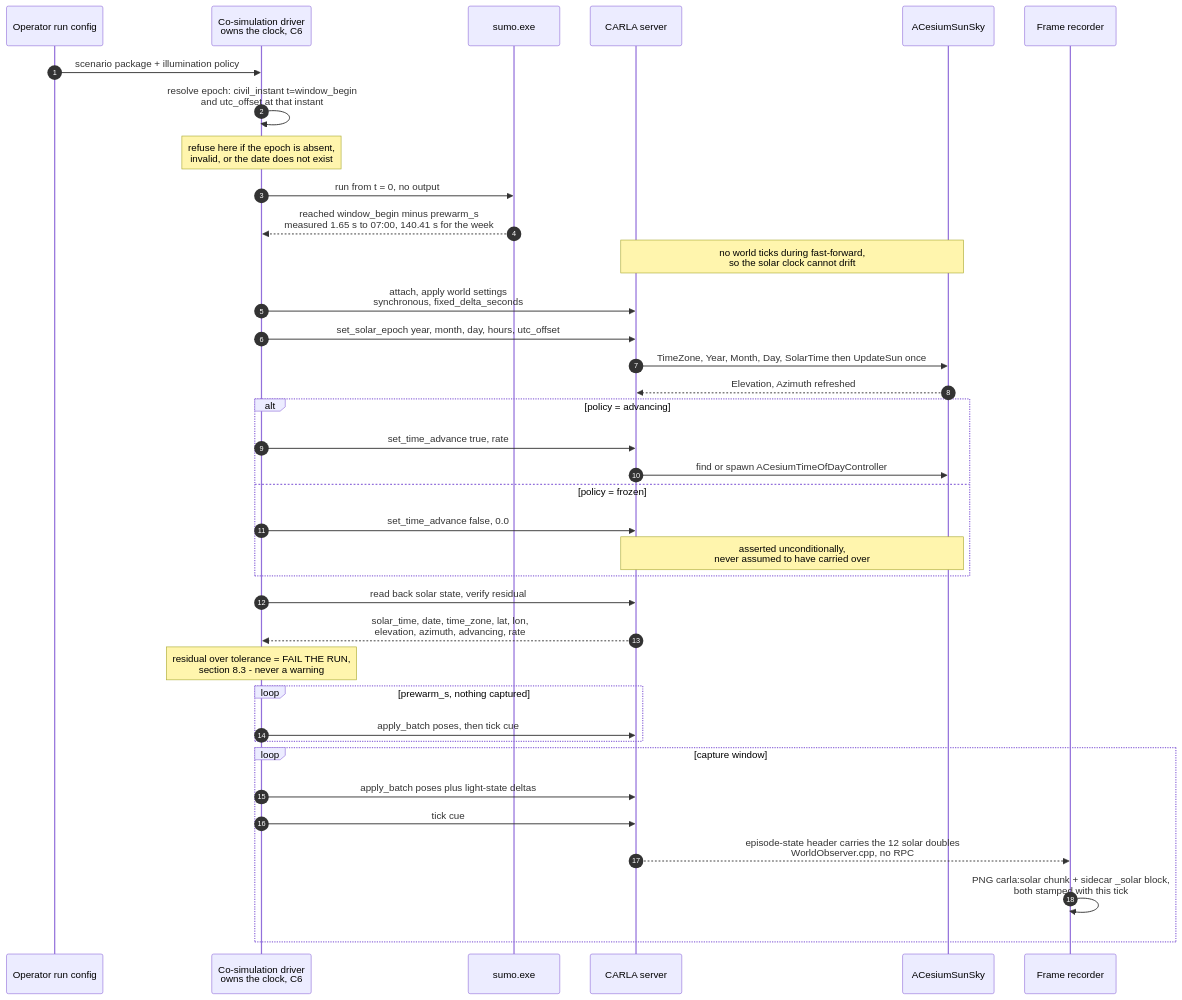
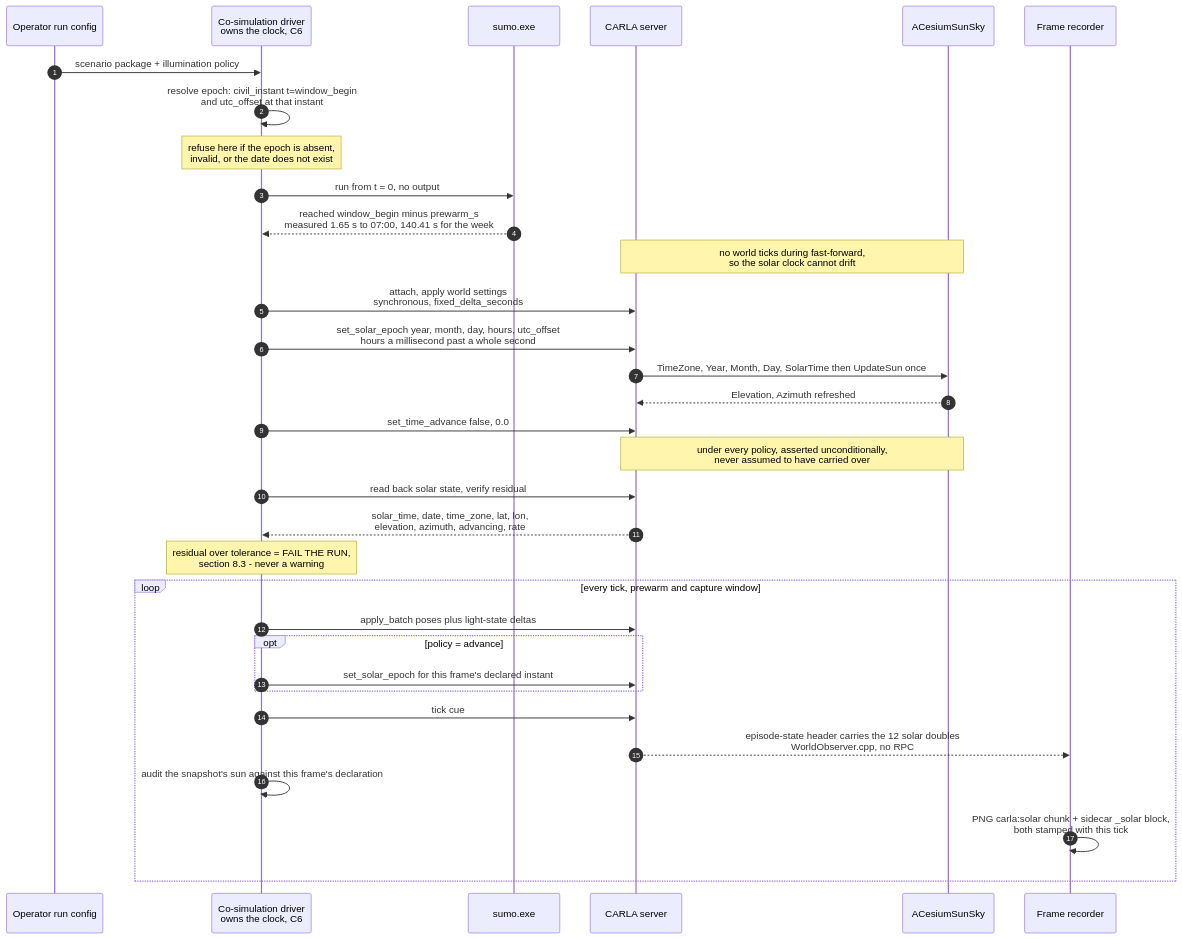
One commit to sbrett9/carla changed the first of 3 diagrams in Docs/CAT_Research/Plans/SUMO_Behavioral_Capture/11_Time_And_Illumination.md. Above: the diagram before and after it, drawn with Mermaid. The commit also changed other lines of this file and 19 other files, not shown here.

````diff
--- a/Docs/CAT_Research/Plans/SUMO_Behavioral_Capture/11_Time_And_Illumination.md
+++ b/Docs/CAT_Research/Plans/SUMO_Behavioral_Capture/11_Time_And_Illumination.md
@@ -376,46 +391,41 @@
 ```mermaid
 sequenceDiagram
     autonumber
     participant OP as Operator run config
     participant DRV as Co-simulation driver<br/>owns the clock, C6
     participant SUMO as sumo.exe
     participant SRV as CARLA server
     participant SUN as ACesiumSunSky
     participant REC as Frame recorder
 
     OP->>DRV: scenario package + illumination policy
     DRV->>DRV: resolve epoch: civil_instant t=window_begin<br/>and utc_offset at that instant
     Note over DRV: refuse here if the epoch is absent,<br/>invalid, or the date does not exist
 
     DRV->>SUMO: run from t = 0, no output
     SUMO-->>DRV: reached window_begin minus prewarm_s<br/>measured 1.65 s to 07:00, 140.41 s for the week
     Note over SRV,SUN: no world ticks during fast-forward,<br/>so the solar clock cannot drift
 
     DRV->>SRV: attach, apply world settings<br/>synchronous, fixed_delta_seconds
-    DRV->>SRV: set_solar_epoch year, month, day, hours, utc_offset
+    DRV->>SRV: set_solar_epoch year, month, day, hours, utc_offset<br/>hours a millisecond past a whole second
     SRV->>SUN: TimeZone, Year, Month, Day, SolarTime then UpdateSun once
     SUN-->>SRV: Elevation, Azimuth refreshed
 
-    alt policy = advancing
-        DRV->>SRV: set_time_advance true, rate
-        SRV->>SUN: find or spawn ACesiumTimeOfDayController
-    else policy = frozen
-        DRV->>SRV: set_time_advance false, 0.0
-        Note over SRV,SUN: asserted unconditionally,<br/>never assumed to have carried over
-    end
+    DRV->>SRV: set_time_advance false, 0.0
+    Note over SRV,SUN: under every policy, asserted unconditionally,<br/>never assumed to have carried over
 
     DRV->>SRV: read back solar state, verify residual
     SRV-->>DRV: solar_time, date, time_zone, lat, lon,<br/>elevation, azimuth, advancing, rate
     Note over DRV: residual over tolerance = FAIL THE RUN,<br/>section 8.3 - never a warning
 
-    loop prewarm_s, nothing captured
-        DRV->>SRV: apply_batch poses, then tick cue
-    end
-
-    loop capture window
+    loop every tick, prewarm and capture window
         DRV->>SRV: apply_batch poses plus light-state deltas
+        opt policy = advance
+            DRV->>SRV: set_solar_epoch for this frame's declared instant
+        end
         DRV->>SRV: tick cue
         SRV-->>REC: episode-state header carries the 12 solar doubles<br/>WorldObserver.cpp, no RPC
+        DRV->>DRV: audit the snapshot's sun against this frame's declaration
         REC->>REC: PNG carla:solar chunk + sidecar _solar block,<br/>both stamped with this tick
     end
 ```
````
